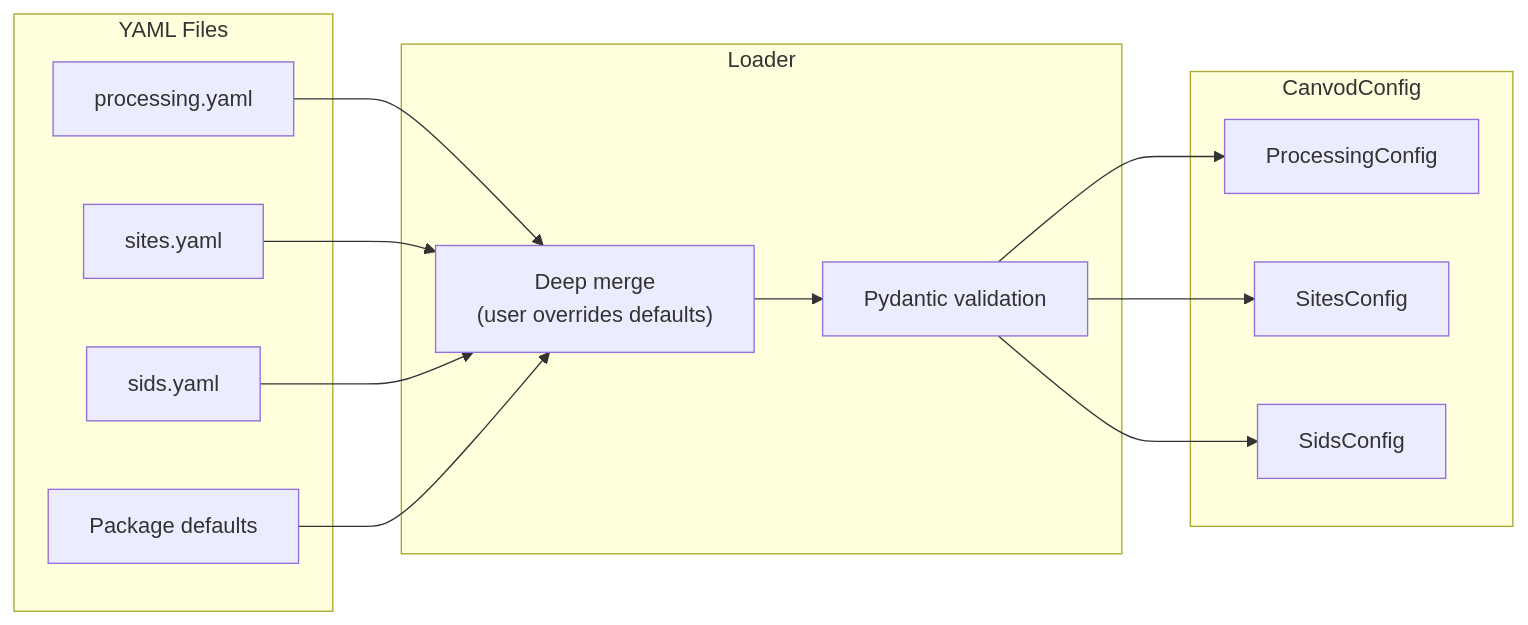
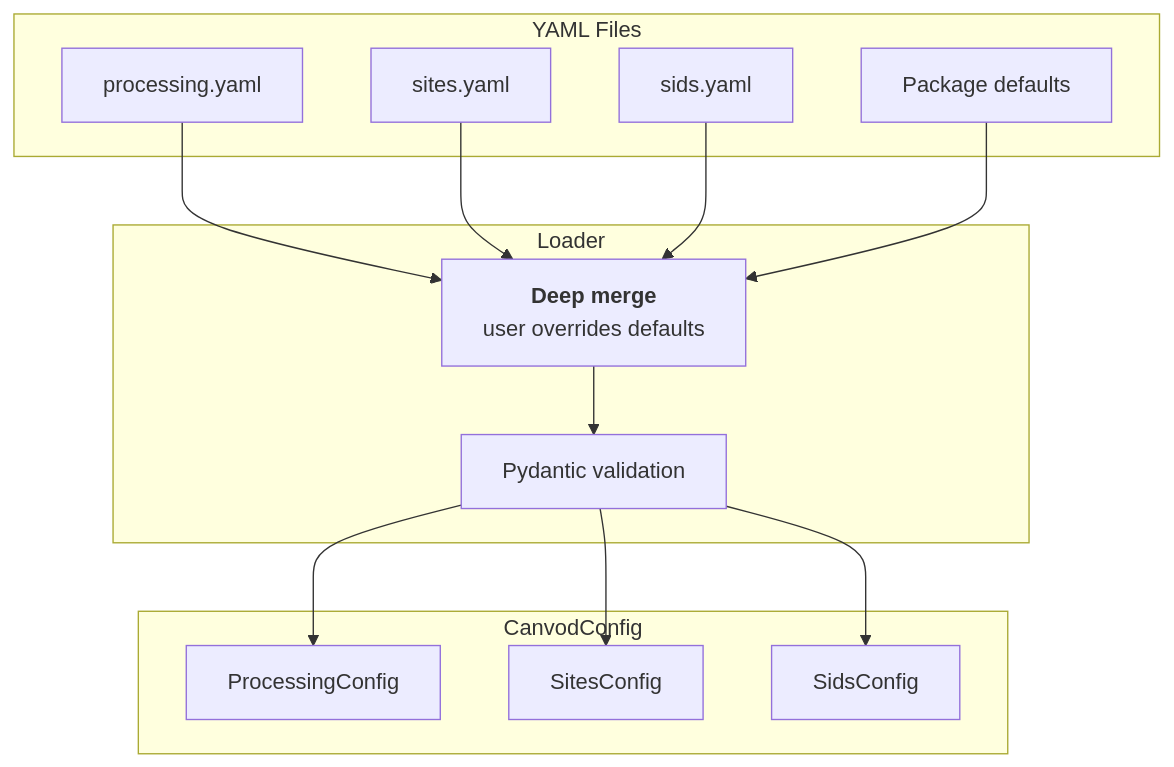
Before and after one commit to konstantinschellenberg/canvodpy: the second of 2 diagrams in docs/guides/architecture-design.md, drawn with Mermaid. The commit also changed other lines of this file and 38 other files, not shown here.

````diff
--- a/docs/guides/architecture-design.md
+++ b/docs/guides/architecture-design.md
@@ -193,23 +197,24 @@
 ```mermaid
-flowchart LR
+flowchart TD
     subgraph FILES["YAML Files"]
         PROC["processing.yaml"]
         SITES["sites.yaml"]
         SIDS["sids.yaml"]
         DEF["Package defaults"]
     end
 
     subgraph LOAD["Loader"]
-        MERGE["Deep merge\n(user overrides defaults)"]
+        MERGE["`**Deep merge**
+        user overrides defaults`"]
         PYDANTIC["Pydantic validation"]
     end
 
     subgraph VALIDATED["CanvodConfig"]
         PC["ProcessingConfig"]
         SC["SitesConfig"]
         SIC["SidsConfig"]
     end
 
     PROC & SITES & SIDS & DEF --> MERGE --> PYDANTIC
     PYDANTIC --> PC & SC & SIC
 ```
````
